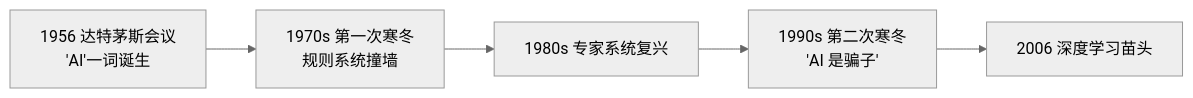
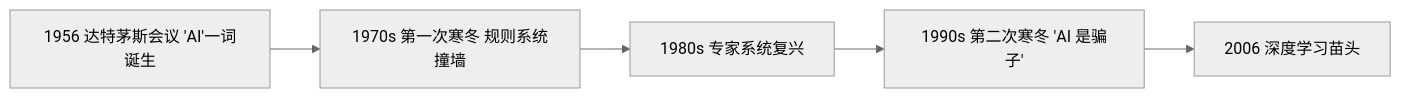
The second of 32 diagrams in docs/md/ai/ai-llm.md (fuzhengwei/CodeGuide), drawn with Mermaid (neutral theme) before and after one commit. The commit also changed other lines of this file, not shown here.

````diff
--- a/docs/md/ai/ai-llm.md
+++ b/docs/md/ai/ai-llm.md
@@ -53,7 +53,7 @@
 ```mermaid
 graph LR
-    A["1956 达特茅斯会议<br/>'AI'一词诞生"] --> B["1970s 第一次寒冬<br/>规则系统撞墙"]
+    A["1956 达特茅斯会议 'AI'一词诞生"] --> B["1970s 第一次寒冬 规则系统撞墙"]
     B --> C["1980s 专家系统复兴"]
-    C --> D["1990s 第二次寒冬<br/>'AI 是骗子'"]
+    C --> D["1990s 第二次寒冬 'AI 是骗子'"]
     D --> E["2006 深度学习苗头"]
 ```
````
